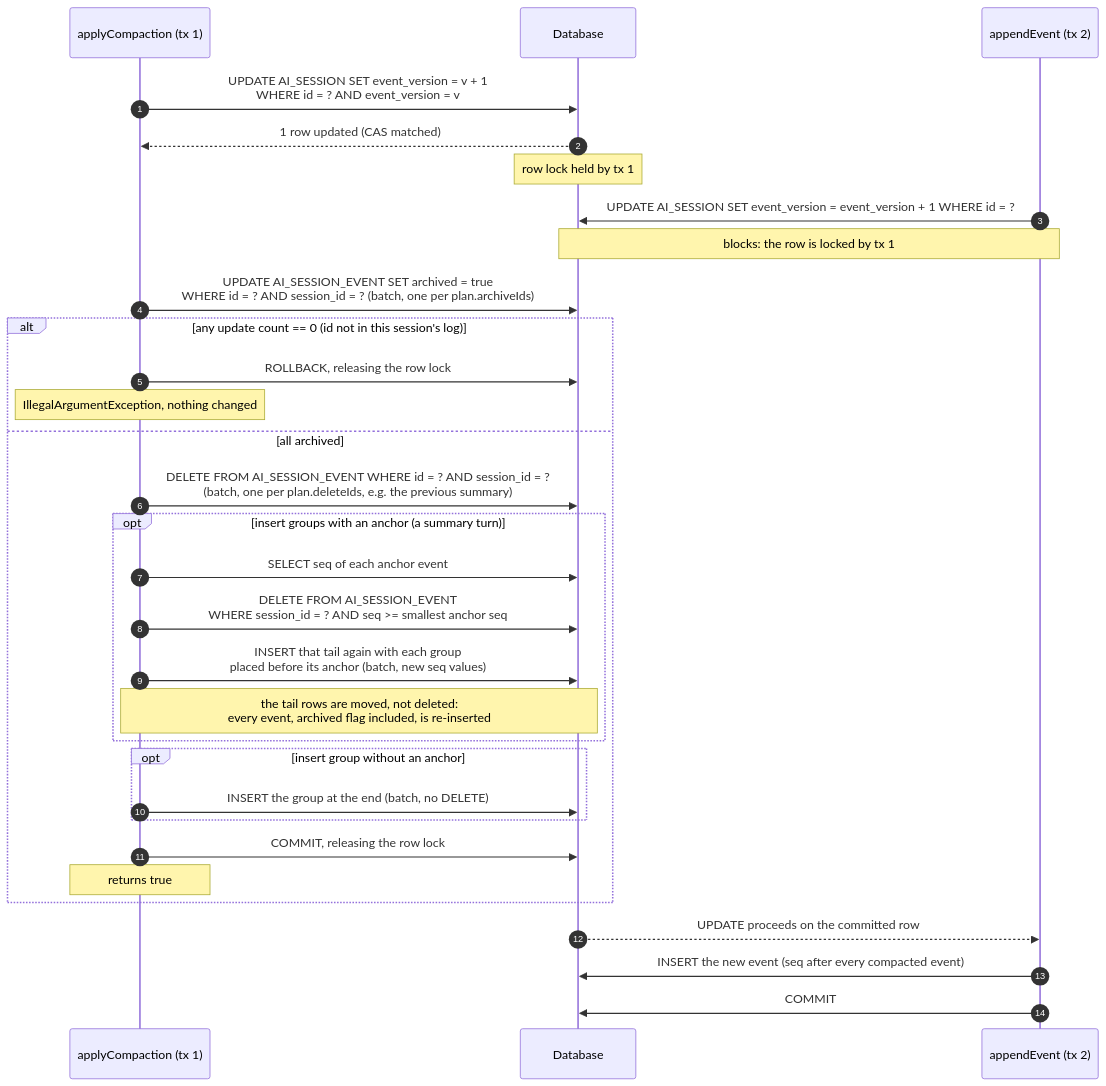
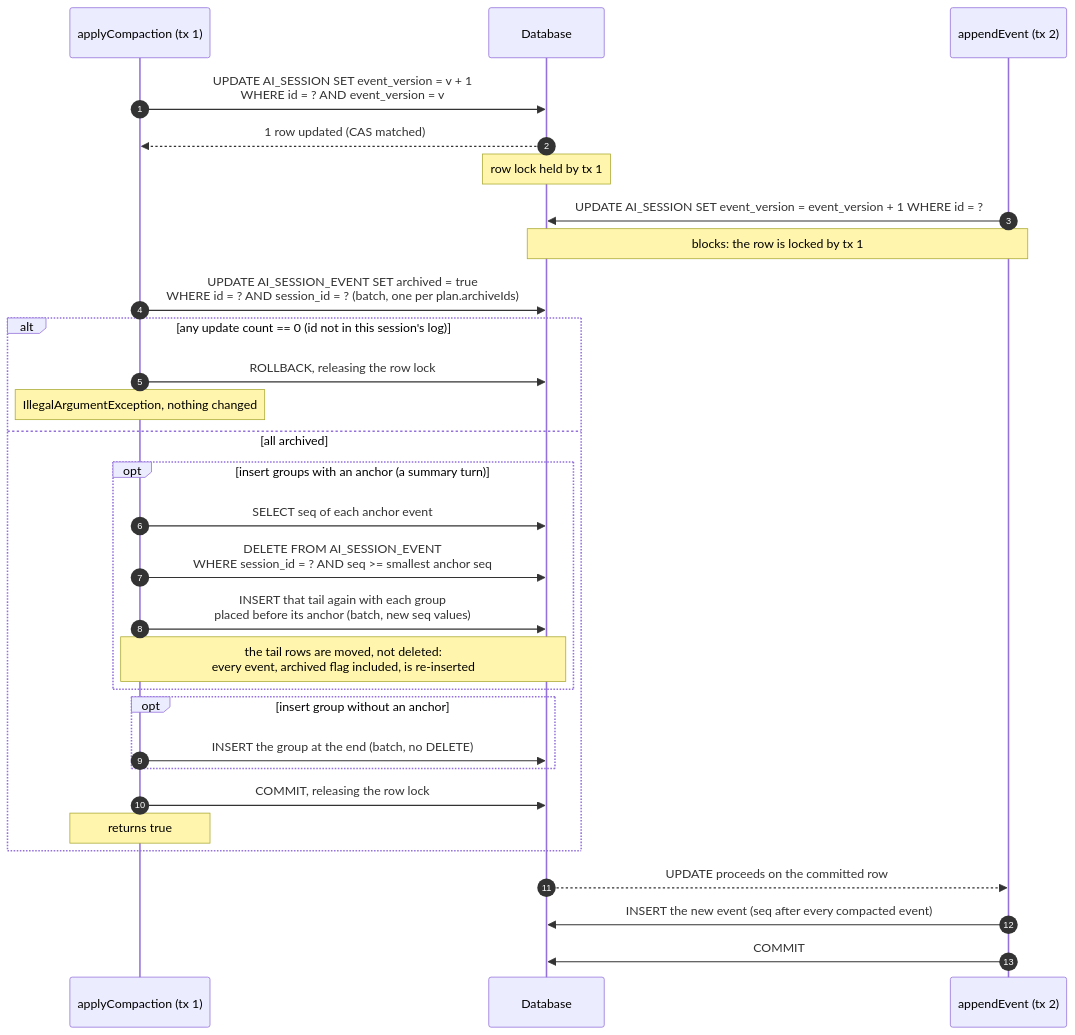
One commit to spring-ai-community/spring-ai-session changed the seventh of 7 diagrams in docs/session-management/compaction-internals.md. Above: the diagram before and after it, drawn with Mermaid. The commit also changed other lines of this file and 19 other files, not shown here.

````diff
--- a/docs/session-management/compaction-internals.md
+++ b/docs/session-management/compaction-internals.md
@@ -382,34 +380,33 @@
 ```mermaid
 sequenceDiagram
     autonumber
     participant C as applyCompaction (tx 1)
     participant DB as Database
     participant A as appendEvent (tx 2)
 
     C->>DB: UPDATE AI_SESSION SET event_version = v + 1<br/>WHERE id = ? AND event_version = v
     DB-->>C: 1 row updated (CAS matched)
     Note over DB: row lock held by tx 1
     A->>DB: UPDATE AI_SESSION SET event_version = event_version + 1 WHERE id = ?
     Note over A,DB: blocks: the row is locked by tx 1
     C->>DB: UPDATE AI_SESSION_EVENT SET archived = true<br/>WHERE id = ? AND session_id = ? (batch, one per plan.archiveIds)
     alt any update count == 0 (id not in this session's log)
         C->>DB: ROLLBACK, releasing the row lock
         Note over C: IllegalArgumentException, nothing changed
     else all archived
-        C->>DB: DELETE FROM AI_SESSION_EVENT WHERE id = ? AND session_id = ?<br/>(batch, one per plan.deleteIds, e.g. the previous summary)
         opt insert groups with an anchor (a summary turn)
             C->>DB: SELECT seq of each anchor event
             C->>DB: DELETE FROM AI_SESSION_EVENT<br/>WHERE session_id = ? AND seq >= smallest anchor seq
             C->>DB: INSERT that tail again with each group<br/>placed before its anchor (batch, new seq values)
             Note over C,DB: the tail rows are moved, not deleted:<br/>every event, archived flag included, is re-inserted
         end
         opt insert group without an anchor
             C->>DB: INSERT the group at the end (batch, no DELETE)
         end
         C->>DB: COMMIT, releasing the row lock
         Note over C: returns true
     end
     DB-->>A: UPDATE proceeds on the committed row
     A->>DB: INSERT the new event (seq after every compacted event)
     A->>DB: COMMIT
 ```
````
